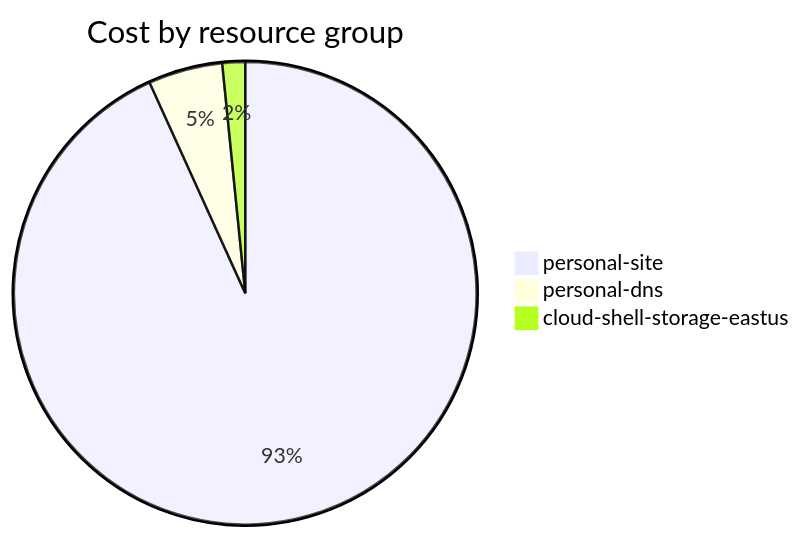
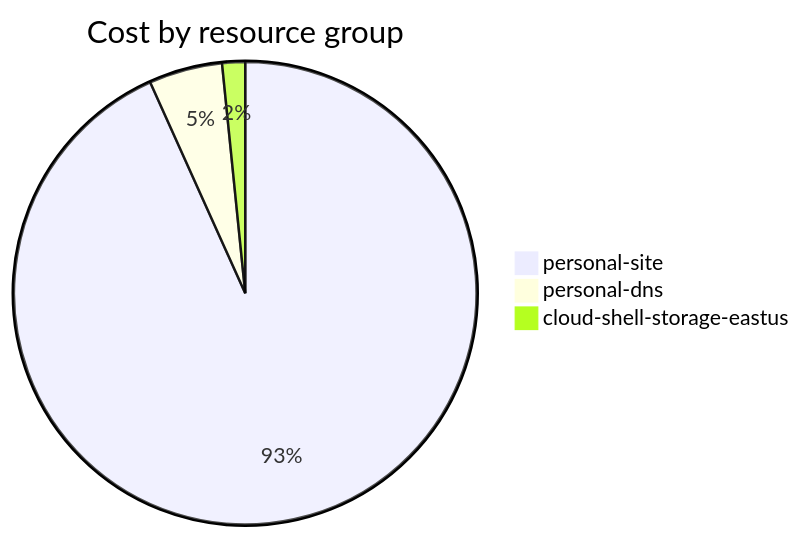
One commit to jpfulton/azure-personal-reports changed the fourth of 4 diagrams in cost-reports/accumulated-cost.md. Above: the diagram before and after it, drawn with Mermaid. The commit also changed other lines of this file and 4 other files, not shown here.

````diff
--- a/cost-reports/accumulated-cost.md
+++ b/cost-reports/accumulated-cost.md
@@ -141,7 +141,7 @@
 ```mermaid
 pie
    title Cost by resource group
-   "personal-site" : 11.13
-   "personal-dns" : 0.62
-   "cloud-shell-storage-eastus" : 0.19
+   "personal-site" : 11.63
+   "personal-dns" : 0.64
+   "cloud-shell-storage-eastus" : 0.20
 ```
````
